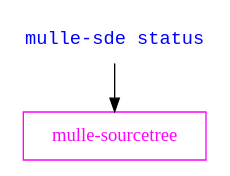
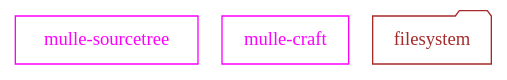
The diagram in dox/mulle-sde-status.dot (mulle-sde/mulle-sde), drawn with Graphviz before and after one commit. The commit also changed 49 other files, not shown here.

```diff
--- a/dox/mulle-sde-status.dot
+++ b/dox/mulle-sde-status.dot
@@ -1,9 +1,11 @@
 digraph G {
-    graph [rankdir = TD];
+    graph [rankdir = TB];
 
     node[shape=folder];
 
-    "mulle-sde status"  [ label="mulle-sde status", shape="none", fontname="monospace", fontcolor="blue"]
-    "mulle-sde status" -> "mulle-sourcetree"
+    {  rank="same" ; "mulle-sourcetree", "mulle-craft", "filesystem" }
+
     "mulle-sourcetree"  [ shape="record", color="magenta", fontcolor="magenta"]
+    "mulle-craft"       [ shape="record", color="magenta", fontcolor="magenta"]
+    "filesystem"        [ color="brown", fontcolor="brown"]
 }
```
